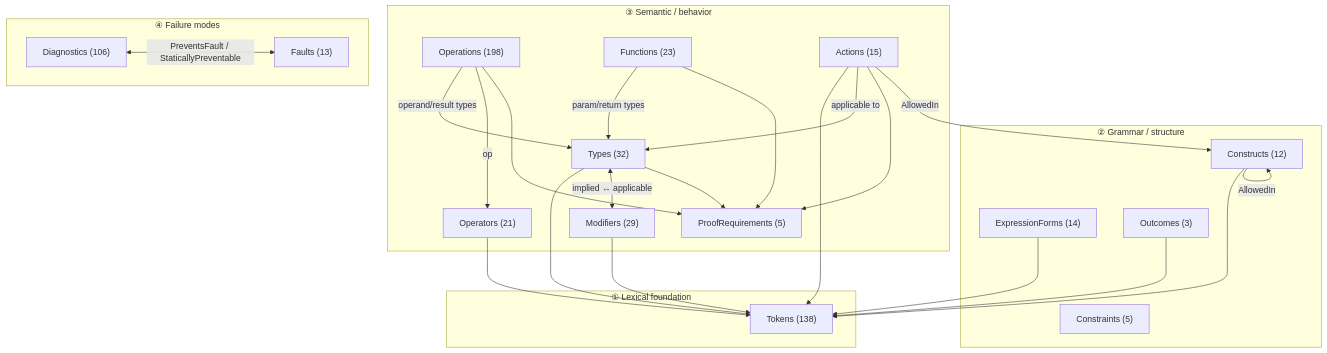
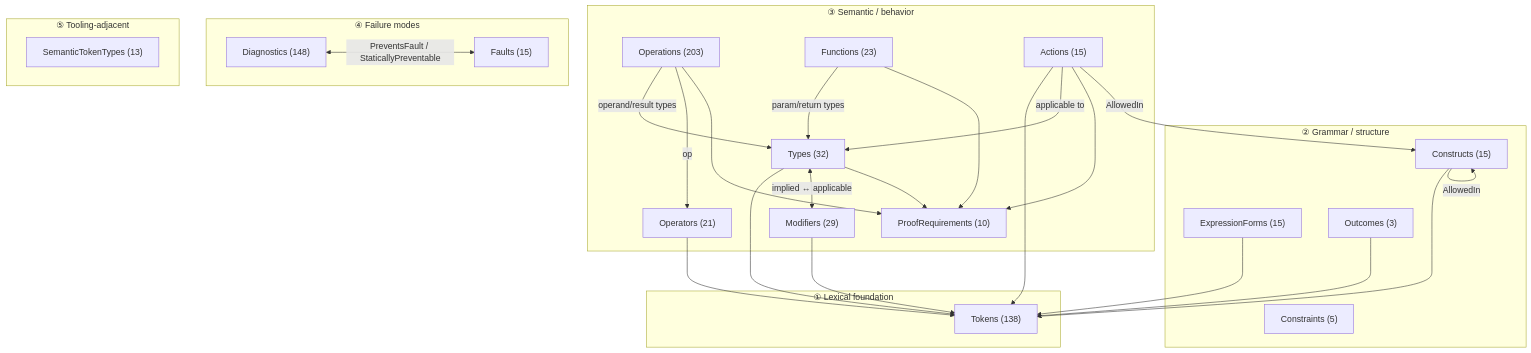
One commit to sfalik/Precept changed the first of 6 diagrams in docs/language/catalog-system.md. Above: the diagram before and after it, drawn with Mermaid. The commit also changed other lines of this file and 41 other files, not shown here.

````diff
--- a/docs/language/catalog-system.md
+++ b/docs/language/catalog-system.md
@@ -240,57 +266,61 @@
 ```mermaid
 flowchart TB
     subgraph L1["① Lexical foundation"]
         Tokens["Tokens (138)"]
     end
 
     subgraph L2["② Grammar / structure"]
-        Constructs["Constructs (12)"]
-        ExpressionForms["ExpressionForms (14)"]
+        Constructs["Constructs (15)"]
+        ExpressionForms["ExpressionForms (15)"]
         Outcomes["Outcomes (3)"]
         Constraints["Constraints (5)"]
     end
 
     subgraph L3["③ Semantic / behavior"]
         Types["Types (32)"]
         Operators["Operators (21)"]
-        Operations["Operations (198)"]
+        Operations["Operations (203)"]
         Functions["Functions (23)"]
         Modifiers["Modifiers (29)"]
         Actions["Actions (15)"]
-        ProofRequirements["ProofRequirements (5)"]
+        ProofRequirements["ProofRequirements (10)"]
     end
 
     subgraph L4["④ Failure modes"]
-        Diagnostics["Diagnostics (106)"]
-        Faults["Faults (13)"]
+        Diagnostics["Diagnostics (148)"]
+        Faults["Faults (15)"]
+    end
+
+    subgraph L5["⑤ Tooling-adjacent"]
+        SemanticTokenTypes["SemanticTokenTypes (13)"]
     end
 
     %% Seven catalogs anchor to Tokens
     Types       --> Tokens
     Operators   --> Tokens
     Modifiers   --> Tokens
     Actions     --> Tokens
     Constructs  --> Tokens
     ExpressionForms --> Tokens
     Outcomes    --> Tokens
 
     %% Semantic wiring
     Functions  -->|param/return types| Types
     Operations -->|operand/result types| Types
     Operations -->|op| Operators
     Actions    -->|applicable to| Types
     Types     <-->|"implied ↔ applicable"| Modifiers
 
     %% Proof obligations
     Types      --> ProofRequirements
     Functions  --> ProofRequirements
     Operations --> ProofRequirements
     Actions    --> ProofRequirements
 
     %% Grammar nesting
     Actions    -->|AllowedIn| Constructs
     Constructs -->|AllowedIn| Constructs
 
     %% Failure link
     Diagnostics <-->|"PreventsFault / StaticallyPreventable"| Faults
 ```
````
